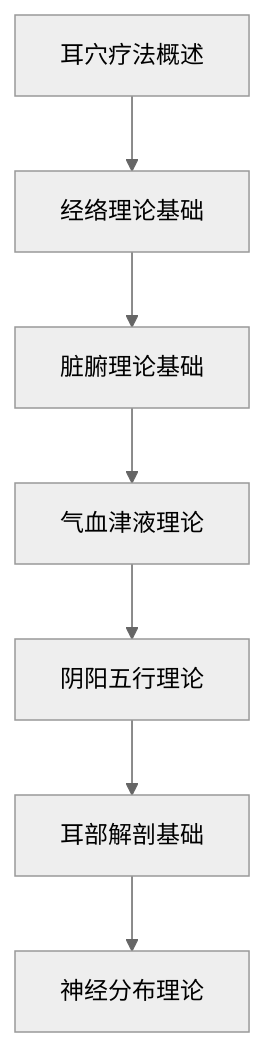
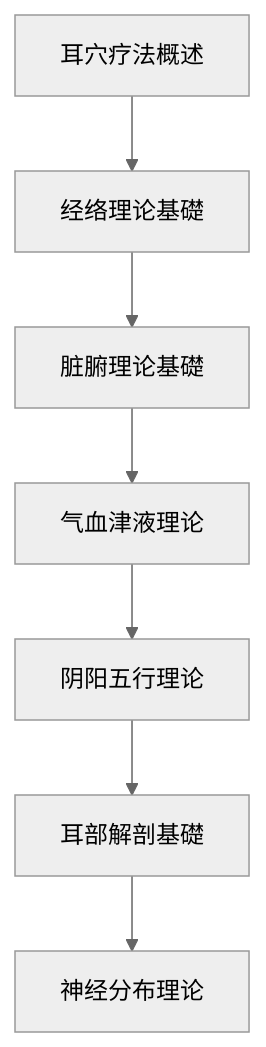
The second of 4 diagrams in 3 Resources/01-Tech/🏥 专业知识/耳穴知识库/00-MOCs/MOC-基础知识.md (kmjade/knowledge-value), drawn with Mermaid (neutral theme) before and after one commit. The commit also changed other lines of this file and 653 other files, not shown here.

````diff
--- a/3 Resources/01-Tech/🏥 专业知识/耳穴知识库/00-MOCs/MOC-基础知识.md
+++ b/3 Resources/01-Tech/🏥 专业知识/耳穴知识库/00-MOCs/MOC-基础知识.md
@@ -95,9 +95,9 @@
 ```mermaid
 flowchart TD
-    A[耳穴疗法概述] --> B[经络理论基础]
-    B --> C[脏腑理论基础]
+    A[耳穴疗法概述] --> B[经络理论基礎]
+    B --> C[脏腑理论基礎]
     C --> D[气血津液理论]
     D --> E[阴阳五行理论]
-    E --> F[耳部解剖基础]
+    E --> F[耳部解剖基礎]
     F --> G[神经分布理论]
 ```
````
